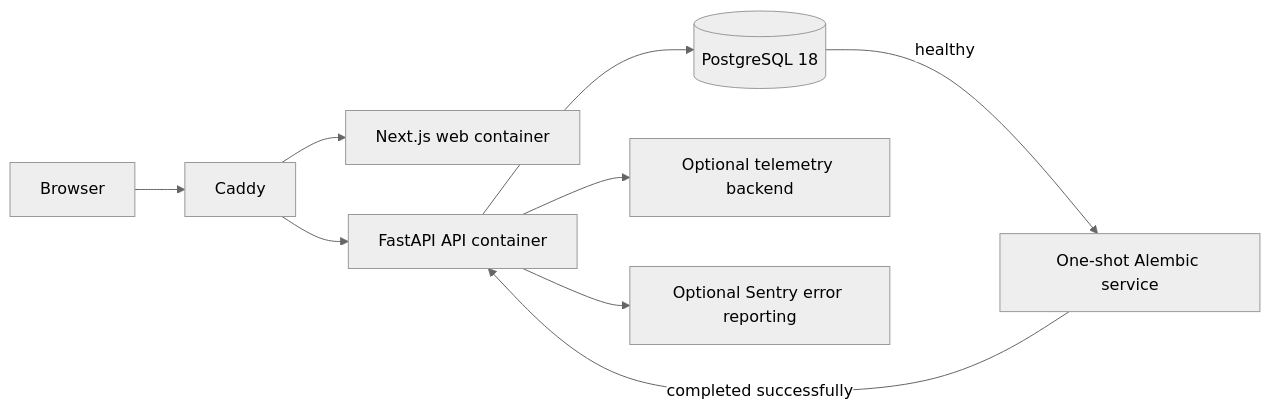
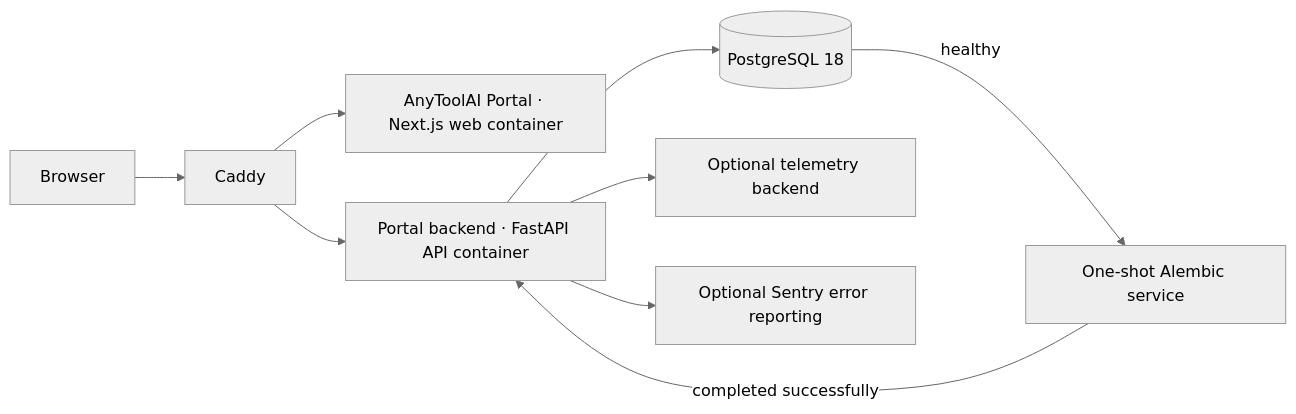
Before and after one commit to gushinets/payments-portal: the diagram in docs/architecture/deployment.md, drawn with Mermaid (neutral theme). The commit also changed other lines of this file and 90 other files, not shown here.

First line of the commit message:
ANY-636 - Evolve Payments Portal into the RU AnyToolAI Portal (#131)

````diff
--- a/docs/architecture/deployment.md
+++ b/docs/architecture/deployment.md
@@ -8,11 +12,11 @@
 ```mermaid
 flowchart LR
   Browser["Browser"] --> Caddy["Caddy"]
-  Caddy --> Web["Next.js web container"]
-  Caddy --> API["FastAPI API container"]
+  Caddy --> Web["AnyToolAI Portal · Next.js web container"]
+  Caddy --> API["Portal backend · FastAPI API container"]
   DB[("PostgreSQL 18")] -->|"healthy"| Migrate["One-shot Alembic service"]
   Migrate -->|"completed successfully"| API
   API --> DB
   API --> OTEL["Optional telemetry backend"]
   API --> Sentry["Optional Sentry error reporting"]
 ```
````
